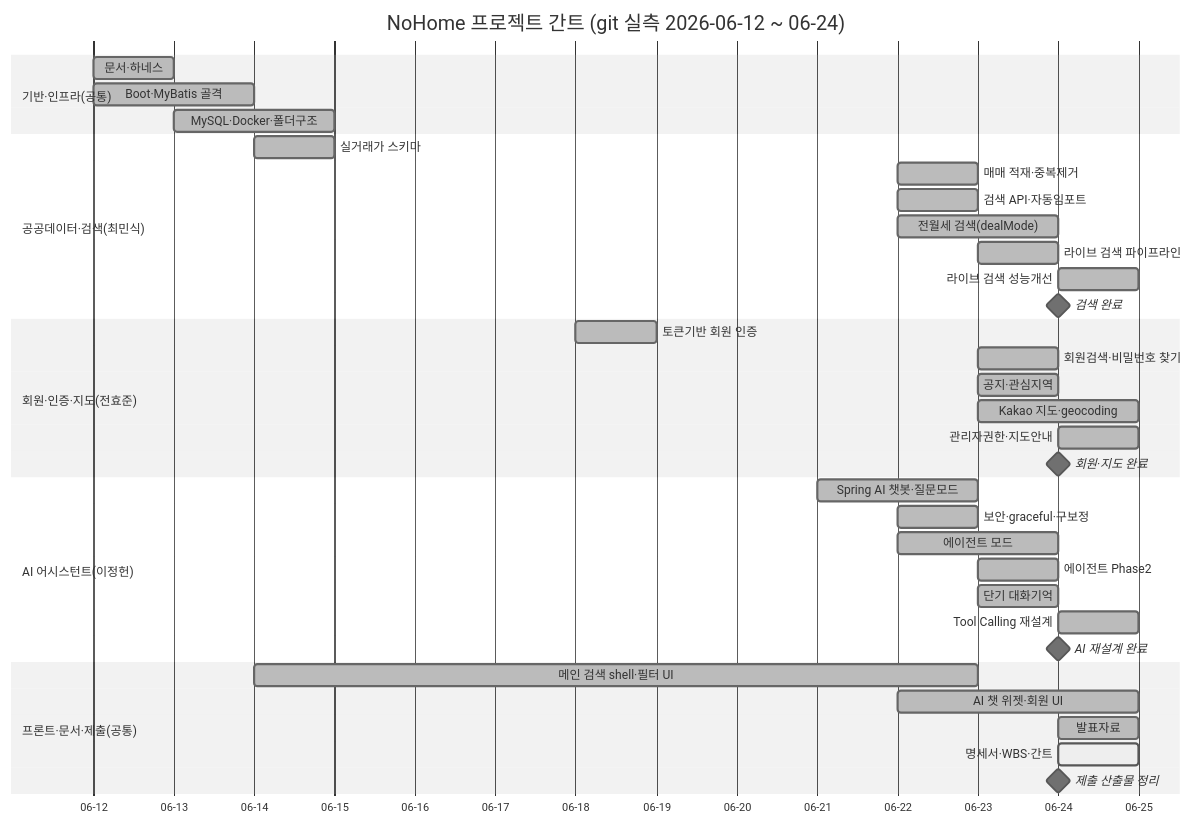
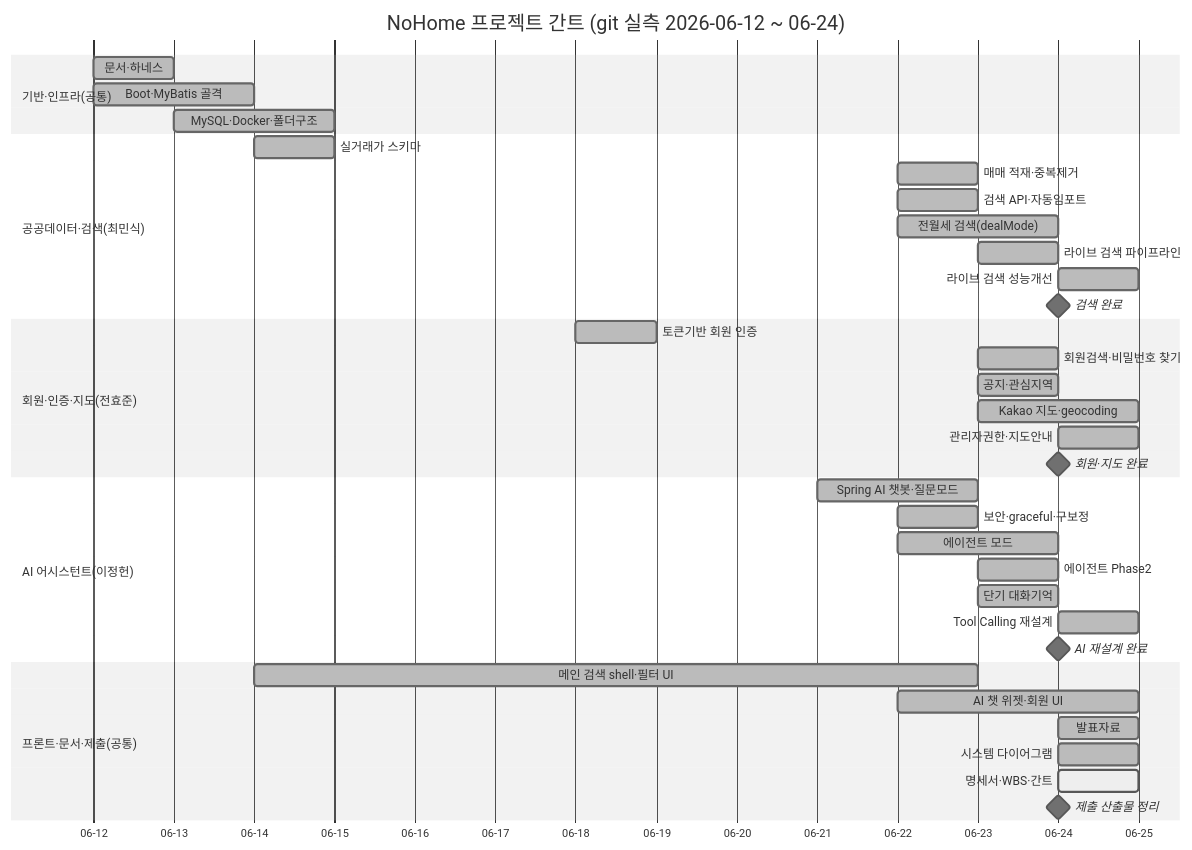
The diagram in docs/deliverables/wbs-gantt.md (repechage-team/no-home-artifact), drawn with Mermaid (neutral theme) before and after one commit. The commit also changed other lines of this file and 4 other files, not shown here.

First line of the commit message:
docs(deliverables): align spec/WBS with system diagrams (ERD·class·usecase)

````diff
--- a/docs/deliverables/wbs-gantt.md
+++ b/docs/deliverables/wbs-gantt.md
@@ -69,44 +70,45 @@
 ```mermaid
 gantt
     title NoHome 프로젝트 간트 (git 실측 2026-06-12 ~ 06-24)
     dateFormat YYYY-MM-DD
     axisFormat %m-%d
 
     section 기반·인프라(공통)
     문서·하네스               :done, b1, 2026-06-12, 1d
     Boot·MyBatis 골격         :done, b2, 2026-06-12, 2d
     MySQL·Docker·폴더구조      :done, b3, 2026-06-13, 2d
 
     section 공공데이터·검색(최민식)
     실거래가 스키마            :done, m1, 2026-06-14, 1d
     매매 적재·중복제거         :done, m2, 2026-06-22, 1d
     검색 API·자동임포트        :done, m3, 2026-06-22, 1d
     전월세 검색(dealMode)      :done, m4, 2026-06-22, 2d
     라이브 검색 파이프라인     :done, m5, 2026-06-23, 1d
     라이브 검색 성능개선       :done, m6, 2026-06-24, 1d
     검색 완료                 :milestone, mm, 2026-06-24, 0d
 
     section 회원·인증·지도(전효준)
     토큰기반 회원 인증         :done, h1, 2026-06-18, 1d
     회원검색·비밀번호 찾기     :done, h2, 2026-06-23, 1d
     공지·관심지역             :done, h3, 2026-06-23, 1d
     Kakao 지도·geocoding      :done, h4, 2026-06-23, 2d
     관리자권한·지도안내        :done, h5, 2026-06-24, 1d
     회원·지도 완료            :milestone, hm, 2026-06-24, 0d
 
     section AI 어시스턴트(이정헌)
     Spring AI 챗봇·질문모드    :done, a1, 2026-06-21, 2d
     보안·graceful·구보정       :done, a2, 2026-06-22, 1d
     에이전트 모드             :done, a3, 2026-06-22, 2d
     에이전트 Phase2           :done, a4, 2026-06-23, 1d
     단기 대화기억             :done, a5, 2026-06-23, 1d
     Tool Calling 재설계       :done, a6, 2026-06-24, 1d
     AI 재설계 완료            :milestone, am, 2026-06-24, 0d
 
     section 프론트·문서·제출(공통)
     메인 검색 shell·필터 UI    :done, f1, 2026-06-14, 9d
     AI 챗 위젯·회원 UI         :done, f2, 2026-06-22, 3d
     발표자료                  :done, d1, 2026-06-24, 1d
+    시스템 다이어그램          :done, d3, 2026-06-24, 1d
     명세서·WBS·간트           :active, d2, 2026-06-24, 1d
     제출 산출물 정리          :milestone, dm, 2026-06-24, 0d
 ```
````
